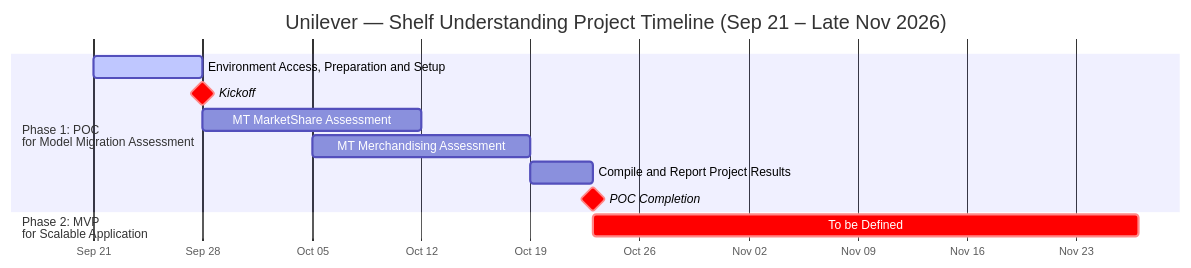
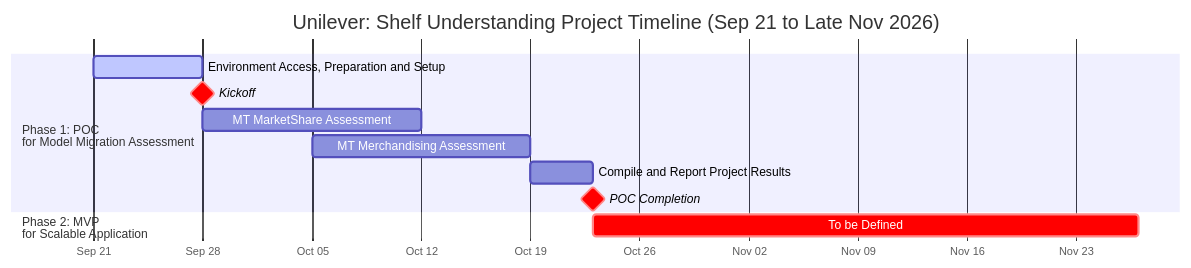
Before and after one commit to jigyasujuneja/unilever-shelf-understanding-e2e: the diagram in docs/Project_Plan.md, drawn with Mermaid. The commit also changed other lines of this file and 24 other files, not shown here.

````diff
--- a/docs/Project_Plan.md
+++ b/docs/Project_Plan.md
@@ -102,20 +102,20 @@
 ```mermaid
 %%{init: {'themeCSS': '.grid .tick line { stroke: #9ca3af; stroke-dasharray: 4, 4; stroke-width: 1px; }'}}%%
 gantt
-    title Unilever — Shelf Understanding Project Timeline (Sep 21 – Late Nov 2026)
+    title Unilever: Shelf Understanding Project Timeline (Sep 21 to Late Nov 2026)
     dateFormat  YYYY-MM-DD
     axisFormat  %b %d
     tickInterval 1week
     weekday monday
 
     section Phase 1: POC <br/>for Model Migration Assessment
     Environment Access, Preparation and Setup          :active, p1_env, 2026-09-21, 7d
     Kickoff                                            :crit, milestone, p1_kickoff, 2026-09-28, 0d
     MT MarketShare Assessment                          :p1_ms, 2026-09-28, 14d
     MT Merchandising Assessment                        :p1_merch, 2026-10-05, 14d
     Compile and Report Project Results                 :p1_report, 2026-10-19, 2026-10-23
     POC Completion                                     :crit, milestone, p1_poc, 2026-10-23, 0d
 
     section Phase 2: MVP<br/>for Scalable Application
     To be Defined                                      :crit, p2_tbd, 2026-10-23, 2026-11-27
 ```
````
